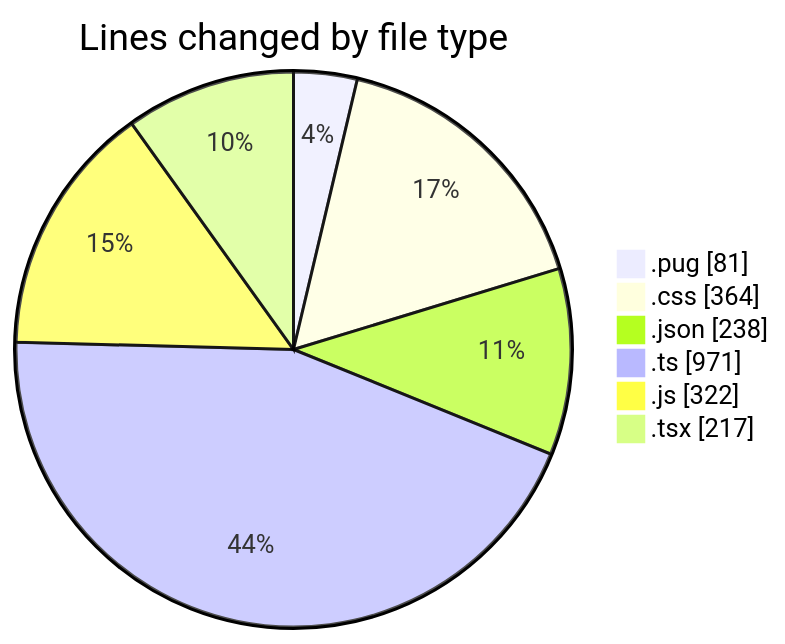
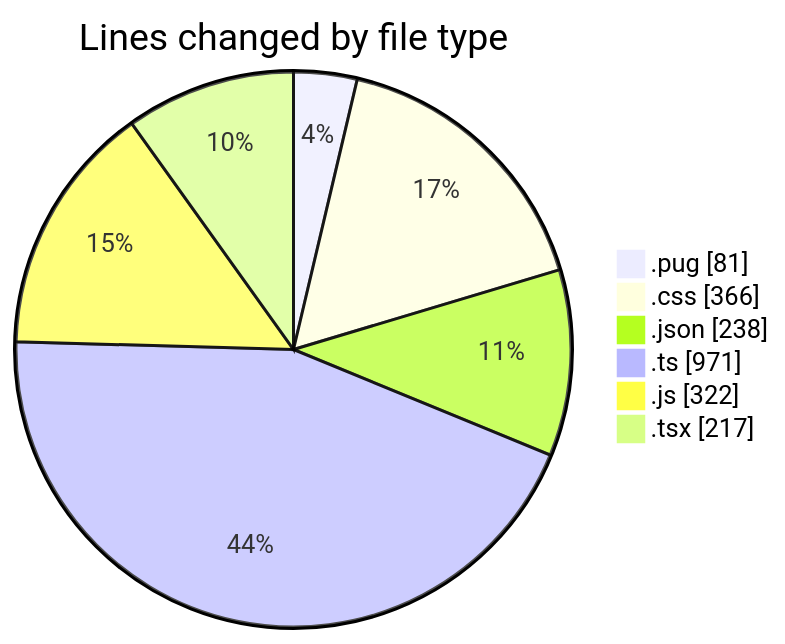
The first of 2 diagrams in 2025-11-05/cda/README.md (momahboobian/code-tracking), drawn with Mermaid before and after one commit. The commit also changed other lines of this file and 1 other file, not shown here.

````diff
--- a/2025-11-05/cda/README.md
+++ b/2025-11-05/cda/README.md
@@ -26,10 +26,10 @@
 ```mermaid
 pie showData
 title Lines changed by file type
 ".pug" : 81
-".css" : 364
+".css" : 366
 ".json" : 238
 ".ts" : 971
 ".js" : 322
 ".tsx" : 217
 ```
````
